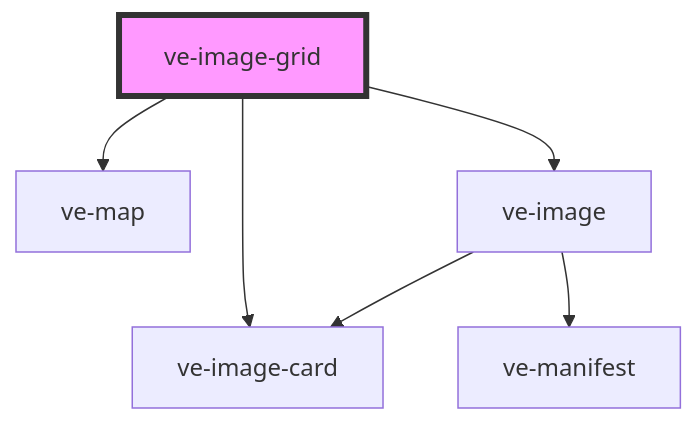
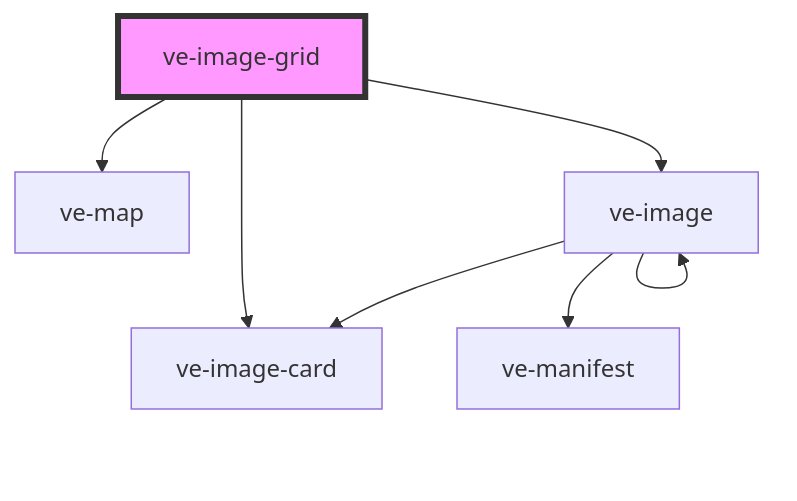
One commit to visual-essays/web-components changed the diagram in src/components/ve-image-grid/readme.md. Above: the diagram before and after it, drawn with Mermaid. The commit also changed 9 other files, not shown here.

````diff
--- a/src/components/ve-image-grid/readme.md
+++ b/src/components/ve-image-grid/readme.md
@@ -24,9 +24,10 @@
 ```mermaid
 graph TD;
   ve-image-grid --> ve-image-card
   ve-image-grid --> ve-map
   ve-image-grid --> ve-image
   ve-image --> ve-manifest
+  ve-image --> ve-image
   ve-image --> ve-image-card
   style ve-image-grid fill:#f9f,stroke:#333,stroke-width:4px
 ```
````
